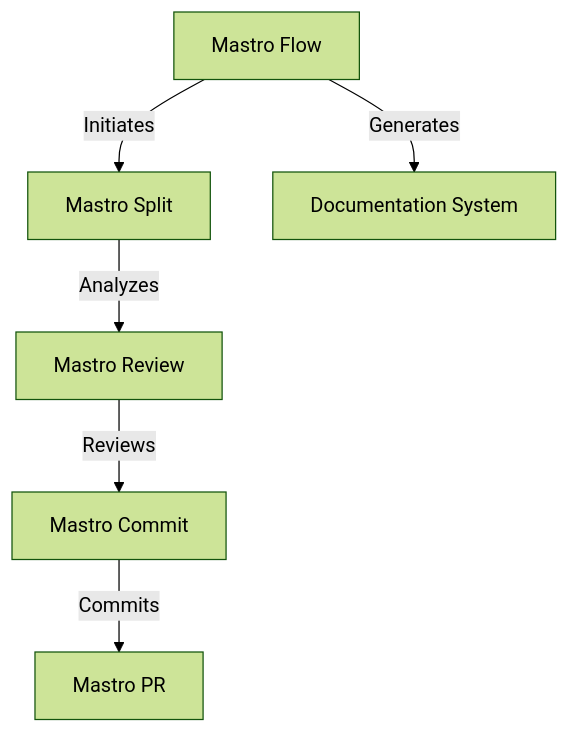
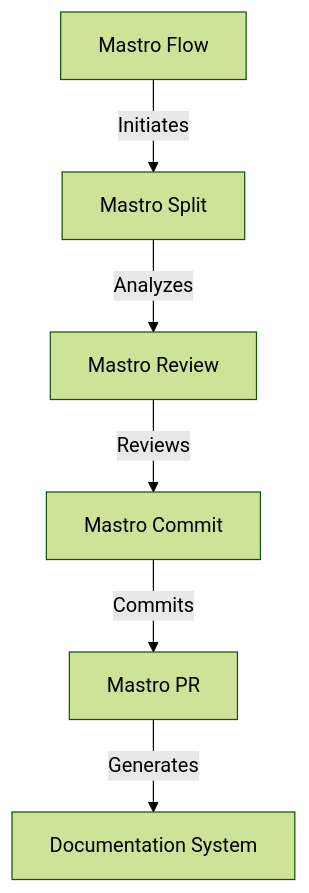
One commit to geogoesbeepboop/refiner changed the second of 3 diagrams in docs/architecture.md. Above: the diagram before and after it, drawn with Mermaid (forest theme). The commit also changed other lines of this file and 6 other files, not shown here.

````diff
--- a/docs/architecture.md
+++ b/docs/architecture.md
@@ -135,8 +134,8 @@
 ```mermaid
 graph TD;
     A[Mastro Flow] -->|Initiates| B[Mastro Split];
     B -->|Analyzes| C[Mastro Review];
     C -->|Reviews| D[Mastro Commit];
     D -->|Commits| E[Mastro PR];
-    A -->|Generates| F[Documentation System];
+    E -->|Generates| F[Documentation System];
 ```
````
